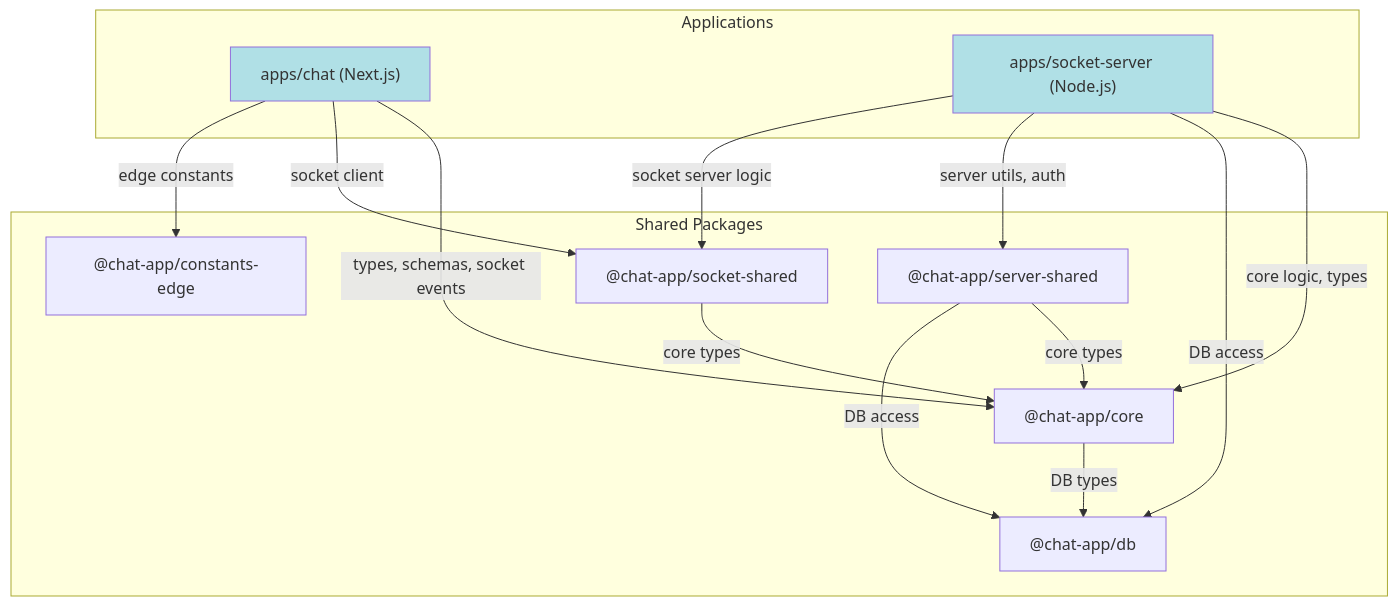
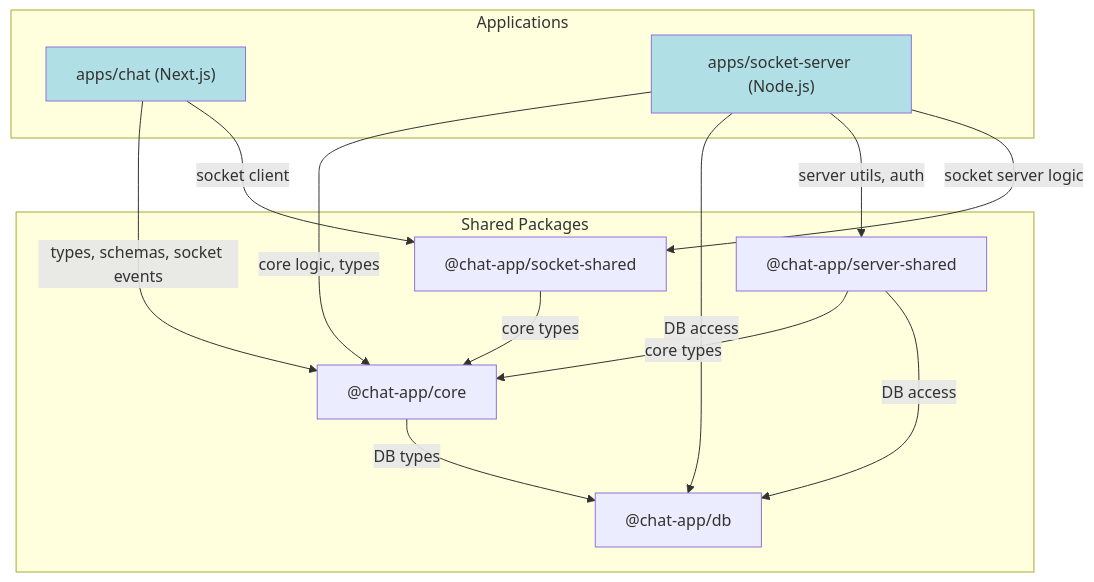
Before and after one commit to Stonek79/chat-app: the diagram in memory-bank/architecture.md, drawn with Mermaid. The commit also changed other lines of this file and 52 other files, not shown here.

````diff
--- a/memory-bank/architecture.md
+++ b/memory-bank/architecture.md
@@ -27,32 +27,30 @@
 ```mermaid
 graph TD
     subgraph "Applications"
         A["apps/chat (Next.js)"]
         B["apps/socket-server (Node.js)"]
     end
 
     subgraph "Shared Packages"
         C["@chat-app/core"]
         D["@chat-app/db"]
         E["@chat-app/server-shared"]
         F["@chat-app/socket-shared"]
-        G["@chat-app/constants-edge"]
     end
 
     A -- "types, schemas, socket events" --> C
     A -- "socket client" --> F
-    A -- "edge constants" --> G
     
     B -- "core logic, types" --> C
     B -- "DB access" --> D
     B -- "server utils, auth" --> E
     B -- "socket server logic" --> F
 
     C -- "DB types" --> D
     E -- "core types" --> C
     E -- "DB access" --> D
     F -- "core types" --> C
 
     style A fill:#B0E0E6
     style B fill:#B0E0E6
 ```
````
